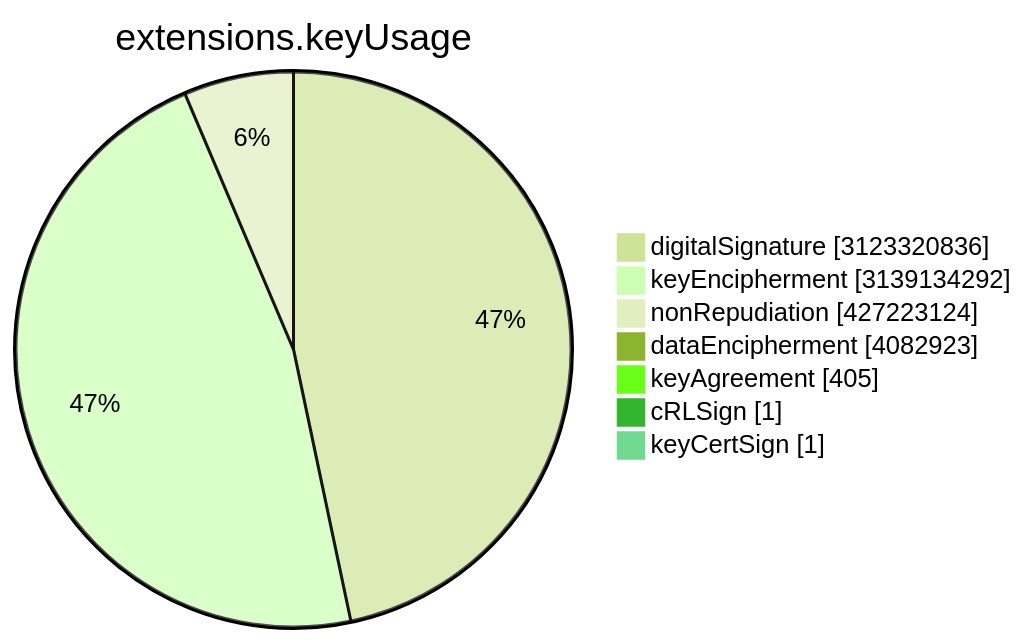
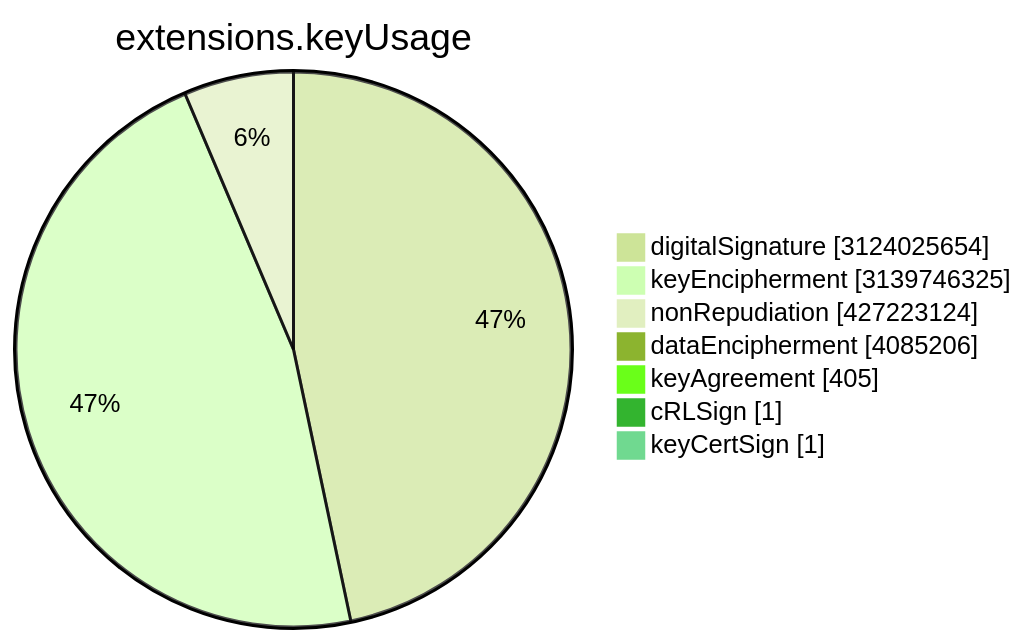
Before and after one commit to christiankrug/ctmonitor_visualization: the sixth of 15 diagrams in TOTAL/README.md, drawn with Mermaid (forest theme). The commit also changed other lines of this file, not shown here.

````diff
--- a/TOTAL/README.md
+++ b/TOTAL/README.md
@@ -3077,11 +3077,11 @@
 ```mermaid
 pie showData
 title extensions.keyUsage
-"digitalSignature" :3123320836
-"keyEncipherment" :3139134292
+"digitalSignature" :3124025654
+"keyEncipherment" :3139746325
 "nonRepudiation" :427223124
-"dataEncipherment" :4082923
+"dataEncipherment" :4085206
 "keyAgreement" :405
 "cRLSign" :1
 "keyCertSign" :1
 ```
````
